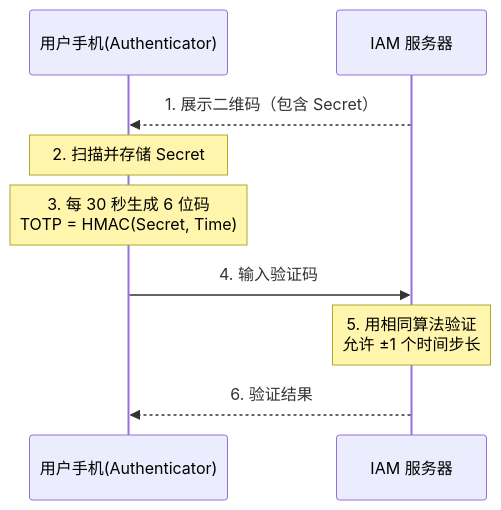
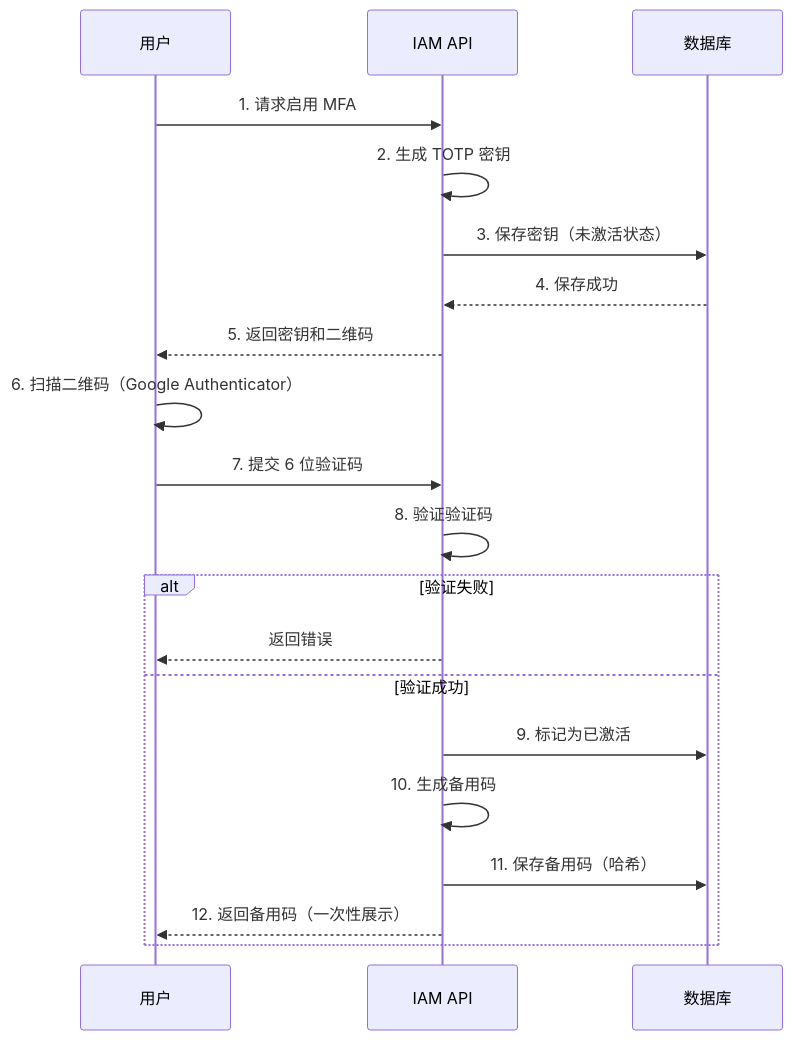
Before and after one commit to henryzhuhr/iam: the second of 3 diagrams in docs/REFERENCES/mfa-totp.md, drawn with Mermaid. The commit also changed other lines of this file, not shown here.

First line of the commit message:
📝 docs: 新增 MFA/TOTP 多因素认证文档

````diff
--- a/docs/REFERENCES/mfa-totp.md
+++ b/docs/REFERENCES/mfa-totp.md
@@ -46,12 +233,24 @@
 ```mermaid
 sequenceDiagram
-    participant P as 用户手机(Authenticator)
-    participant S as IAM 服务器
+    participant U as 用户
+    participant API as IAM API
+    participant DB as 数据库
 
-    S-->>P: 1. 展示二维码（包含 Secret）
-    Note over P: 2. 扫描并存储 Secret
-    Note over P: 3. 每 30 秒生成 6 位码<br/>TOTP = HMAC(Secret, Time)
-    P->>S: 4. 输入验证码
-    Note over S: 5. 用相同算法验证<br/>允许 ±1 个时间步长
-    S-->>P: 6. 验证结果
+    U->>API: 1. 请求启用 MFA
+    API->>API: 2. 生成 TOTP 密钥
+    API->>DB: 3. 保存密钥（未激活状态）
+    DB-->>API: 4. 保存成功
+    API-->>U: 5. 返回密钥和二维码
+    U->>U: 6. 扫描二维码（Google Authenticator）
+    U->>API: 7. 提交 6 位验证码
+    API->>API: 8. 验证验证码
+    
+    alt 验证失败
+        API-->>U: 返回错误
+    else 验证成功
+        API->>DB: 9. 标记为已激活
+        API->>API: 10. 生成备用码
+        API->>DB: 11. 保存备用码（哈希）
+        API-->>U: 12. 返回备用码（一次性展示）
+    end
 ```
````
